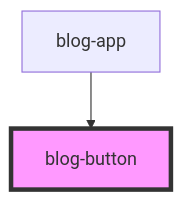
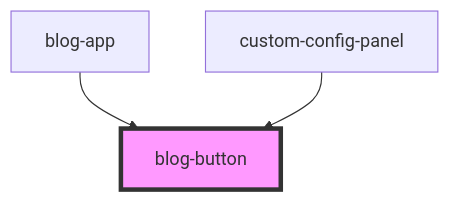
One commit to lucidworks/grid-builder-poc changed the diagram in stencil-grid-builder/src/demo/components/blog-button/readme.md. Above: the diagram before and after it, drawn with Mermaid. The commit also changed other lines of this file and 12 other files, not shown here.

````diff
--- a/stencil-grid-builder/src/demo/components/blog-button/readme.md
+++ b/stencil-grid-builder/src/demo/components/blog-button/readme.md
@@ -31,5 +32,6 @@
 ```mermaid
 graph TD;
   blog-app --> blog-button
+  custom-config-panel --> blog-button
   style blog-button fill:#f9f,stroke:#333,stroke-width:4px
 ```
````
